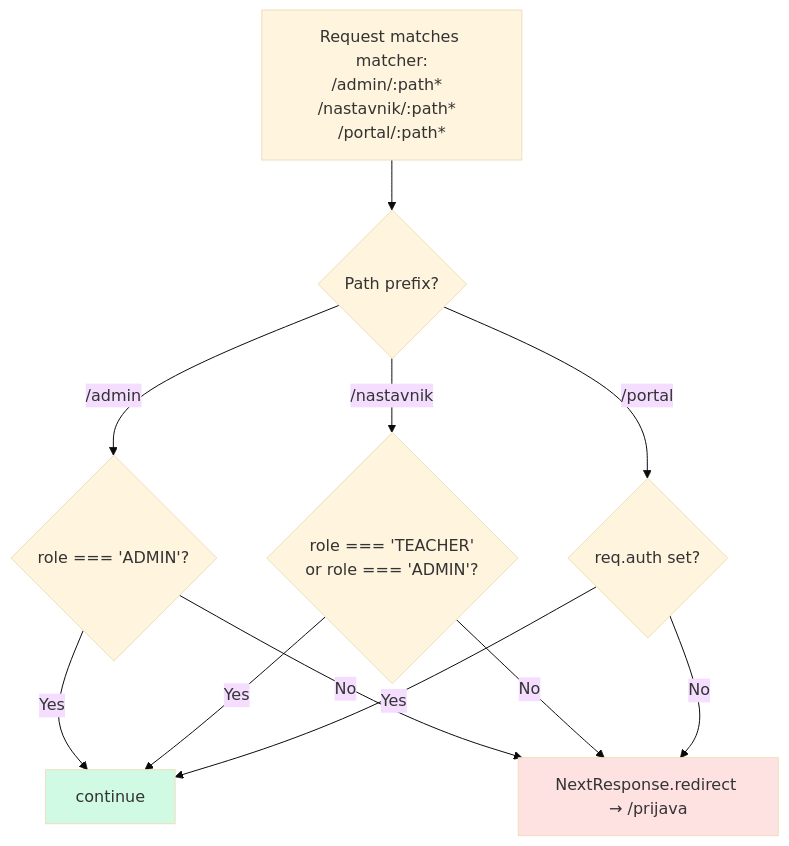
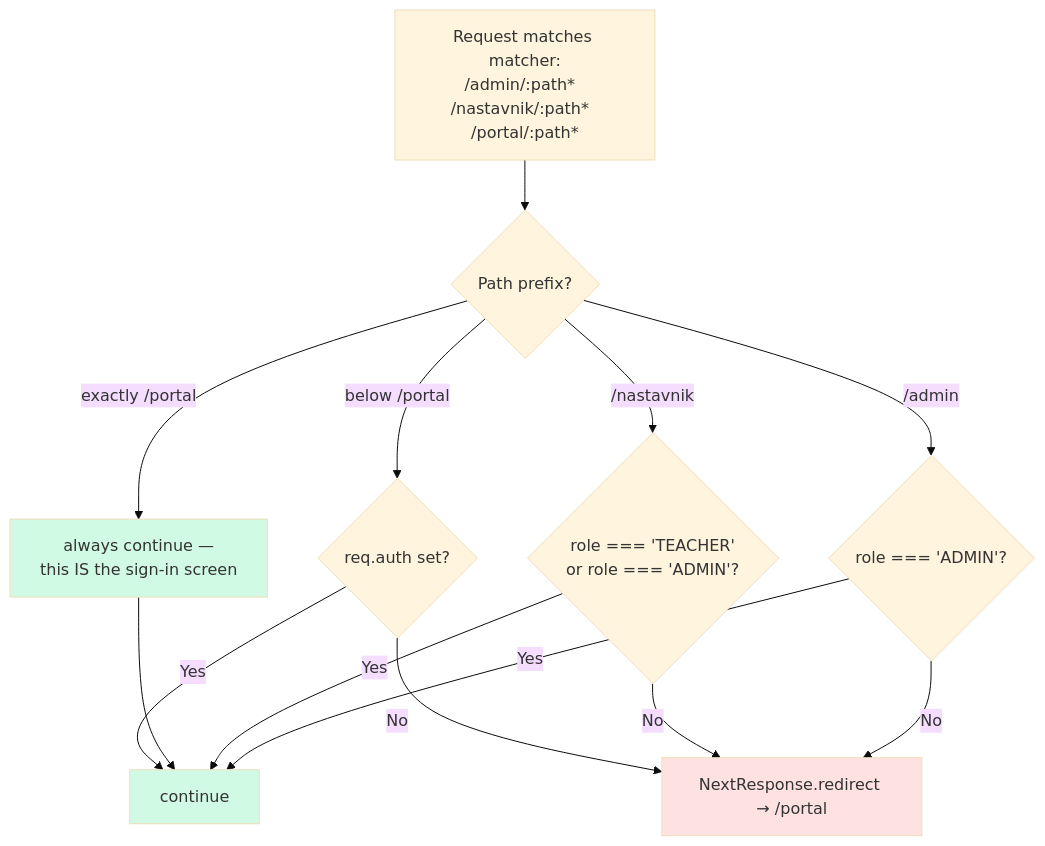
The second of 3 diagrams in docs/diagrams/role-based-login.md (jpucic00/inovatic), drawn with Mermaid (base theme) before and after one commit. The commit also changed other lines of this file and 30 other files, not shown here.

````diff
--- a/docs/diagrams/role-based-login.md
+++ b/docs/diagrams/role-based-login.md
@@ -74,18 +76,21 @@
 ```mermaid
 flowchart TD
     REQ["Request matches matcher:<br/>/admin/:path*  /nastavnik/:path*  /portal/:path*"] --> PATH{Path prefix?}
 
     PATH -->|/admin| A{role === 'ADMIN'?}
     PATH -->|/nastavnik| N{role === 'TEACHER'<br/>or role === 'ADMIN'?}
-    PATH -->|/portal| P{req.auth set?}
+    PATH -->|"exactly /portal"| EX["always continue —<br/>this IS the sign-in screen"]
+    PATH -->|"below /portal"| P{req.auth set?}
 
     A -->|Yes| PASS[continue]
-    A -->|No| RED["NextResponse.redirect → /prijava"]
+    A -->|No| RED["NextResponse.redirect → /portal"]
     N -->|Yes| PASS
     N -->|No| RED
+    EX --> PASS
     P -->|Yes| PASS
     P -->|No| RED
 
     style PASS fill:#d1fae5
+    style EX   fill:#d1fae5
     style RED  fill:#fee2e2
 ```
````
